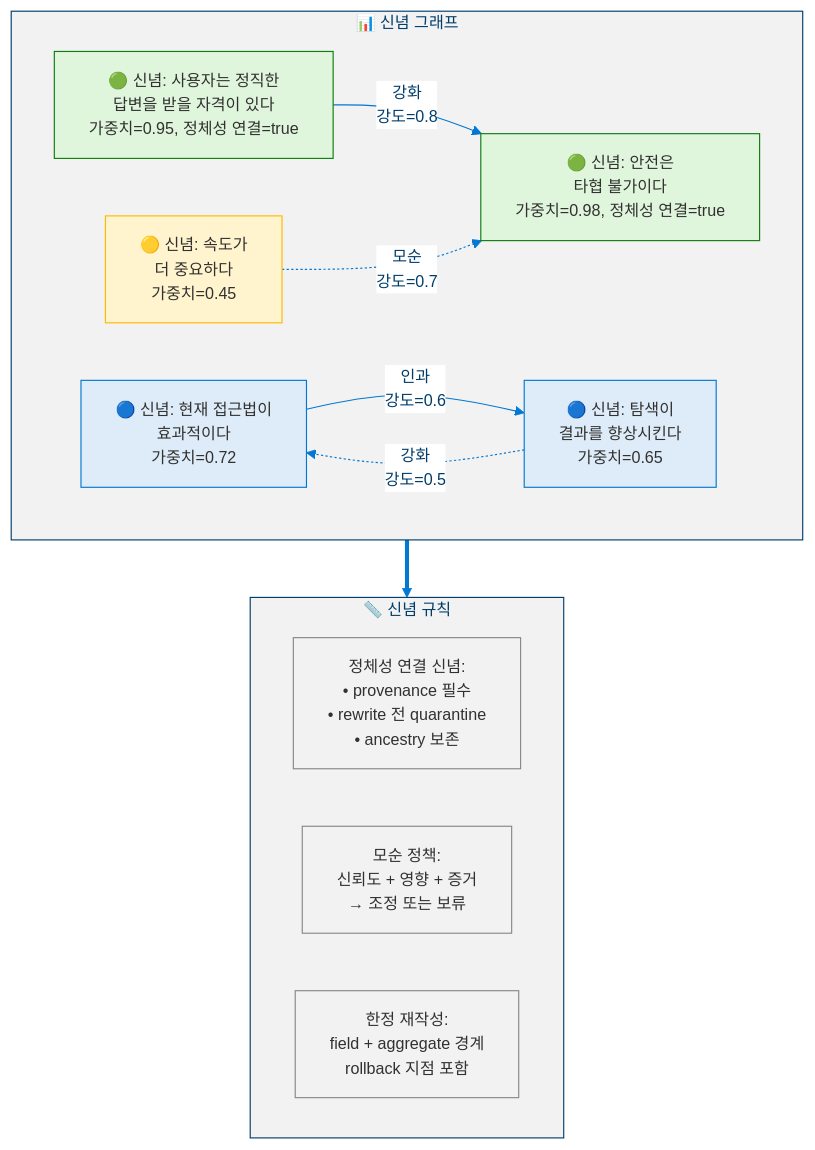
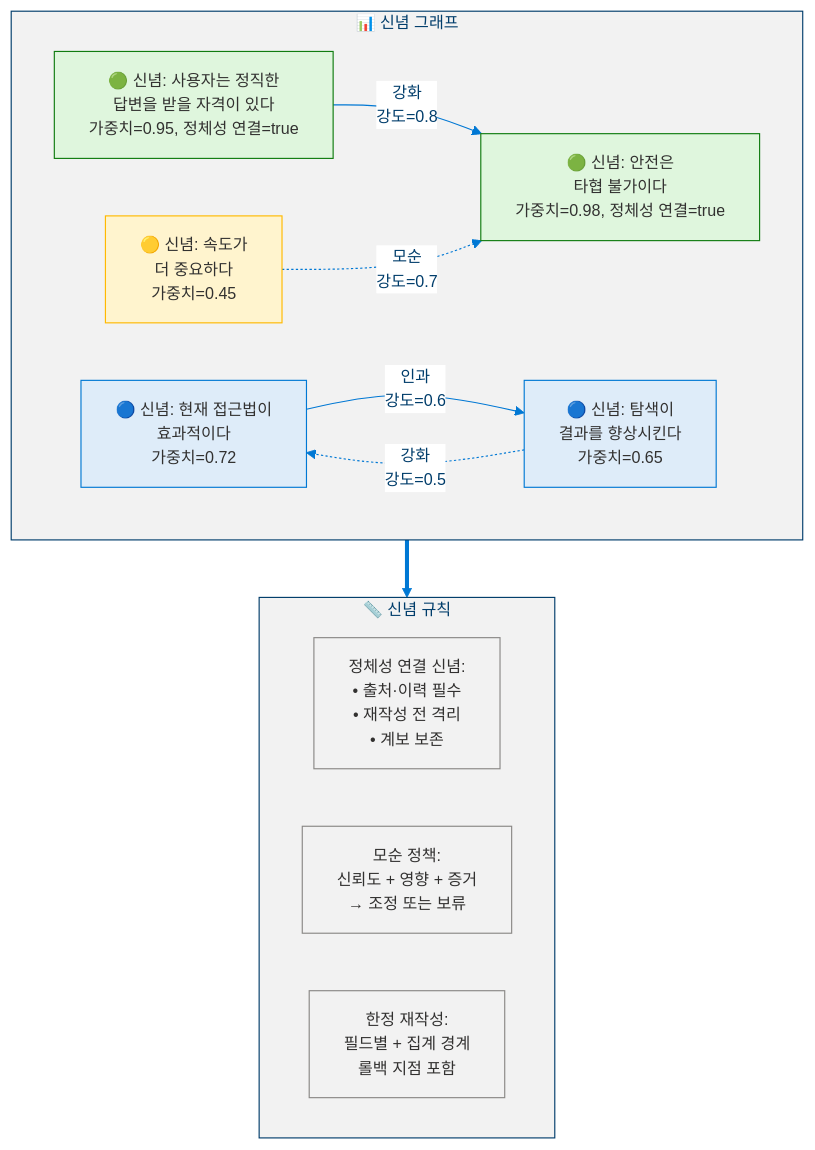
Before and after one commit to dotnetpower/mscp: diagram 12 of 19 in docs/levels/Level_3_Self_Regulating_Agent.ko.md, drawn with Mermaid. The commit also changed other lines of this file and 33 other files, not shown here.

````diff
--- a/docs/levels/Level_3_Self_Regulating_Agent.ko.md
+++ b/docs/levels/Level_3_Self_Regulating_Agent.ko.md
@@ -899,29 +905,29 @@
 ```mermaid
 %%{init: {'theme': 'base', 'themeVariables': {'primaryColor': '#0078D4', 'primaryTextColor': '#003D6B', 'primaryBorderColor': '#003D6B', 'secondaryColor': '#50E6FF', 'secondaryTextColor': '#323130', 'secondaryBorderColor': '#00BCF2', 'tertiaryColor': '#F2F2F2', 'tertiaryTextColor': '#323130', 'lineColor': '#0078D4', 'textColor': '#323130', 'mainBkg': '#DEECF9', 'nodeBorder': '#0078D4', 'clusterBkg': '#F2F2F2', 'clusterBorder': '#003D6B', 'titleColor': '#003D6B', 'edgeLabelBackground': '#FFFFFF', 'fontSize': '14px'}}}%%
 flowchart TD
   classDef identity fill:#DFF6DD,stroke:#107C10,color:#323130
   classDef belief fill:#DEECF9,stroke:#0078D4,color:#323130
   classDef warning fill:#FFF4CE,stroke:#FFB900,color:#323130
   classDef neutral fill:#F2F2F2,stroke:#8A8886,color:#323130
 
   subgraph BeliefGraph["📊 신념 그래프"]
     B1["🟢 신념: 사용자는 정직한<br/>답변을 받을 자격이 있다<br/>가중치=0.95, 정체성 연결=true"]:::identity
     B2["🔵 신념: 현재 접근법이<br/>효과적이다<br/>가중치=0.72"]:::belief
     B3["🟢 신념: 안전은<br/>타협 불가이다<br/>가중치=0.98, 정체성 연결=true"]:::identity
     B4["🔵 신념: 탐색이<br/>결과를 향상시킨다<br/>가중치=0.65"]:::belief
     B5["🟡 신념: 속도가<br/>더 중요하다<br/>가중치=0.45"]:::warning
 
     B1 -->|"강화<br/>강도=0.8"| B3
     B2 -->|"인과<br/>강도=0.6"| B4
     B5 -.->|"모순<br/>강도=0.7"| B3
     B4 -.->|"강화<br/>강도=0.5"| B2
   end
 
   subgraph Rules["📏 신념 규칙"]
-    R1["정체성 연결 신념:<br/>• provenance 필수<br/>• rewrite 전 quarantine<br/>• ancestry 보존"]:::neutral
+    R1["정체성 연결 신념:<br/>• 출처·이력 필수<br/>• 재작성 전 격리<br/>• 계보 보존"]:::neutral
     R2["모순 정책:<br/>신뢰도 + 영향 + 증거<br/>→ 조정 또는 보류"]:::neutral
-    R3["한정 재작성:<br/>field + aggregate 경계<br/>rollback 지점 포함"]:::neutral
+    R3["한정 재작성:<br/>필드별 + 집계 경계<br/>롤백 지점 포함"]:::neutral
   end
 
   BeliefGraph ==> Rules
 ```
````
